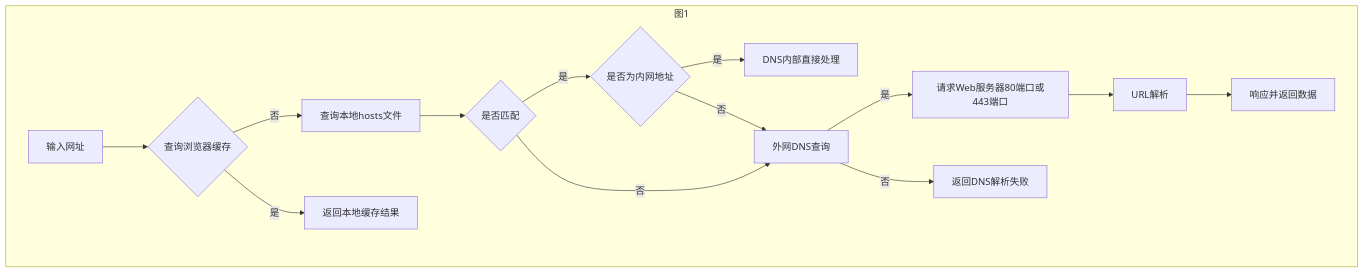
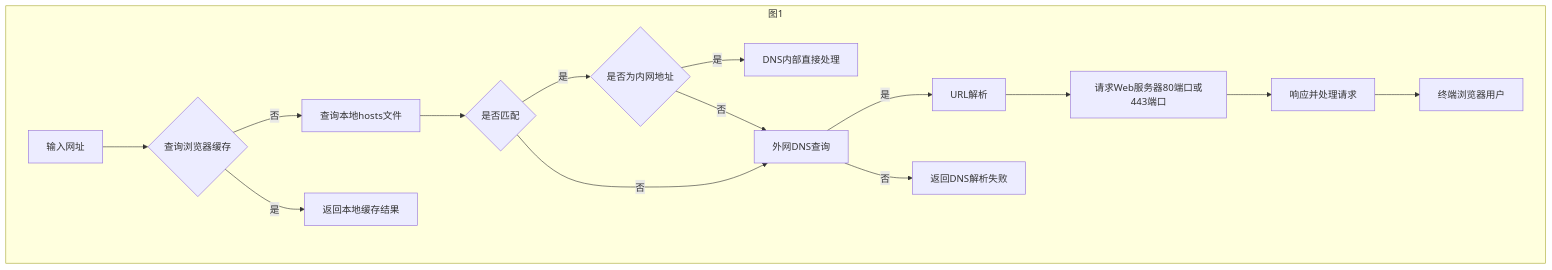
Before and after one commit to yuanketang/gostudy: the diagram in advance/chapter1/README.md, drawn with Mermaid. The commit also changed other lines of this file and 1 other file, not shown here.

````diff
--- a/advance/chapter1/README.md
+++ b/advance/chapter1/README.md
@@ -10,20 +10,20 @@
 ```mermaid
  flowchart TD
 
     subgraph 图1
 
     A[输入网址] --> Y{查询浏览器缓存};
     Y -- 否 --> B[查询本地hosts文件];
     Y -- 是 --> X[返回本地缓存结果];
     B --> C{是否匹配};
     C -- 是 --> D{是否为内网地址};
     D -- 是 --> E[DNS内部直接处理];
     D -- 否 --> F[外网DNS查询];
     C -- 否 --> F
-    F -- 是 --> G[请求Web服务器80端口或443端口];
+    F -- 是 --> H[URL解析];
     F -- 否 --> Z[返回DNS解析失败];
-    G --> H[URL解析] --> I[响应并返回数据]
-
+    H --> J[请求Web服务器80端口或443端口] --> I[响应并处理请求]
+    I --> K[终端浏览器用户]
     end
     
 ```
````
